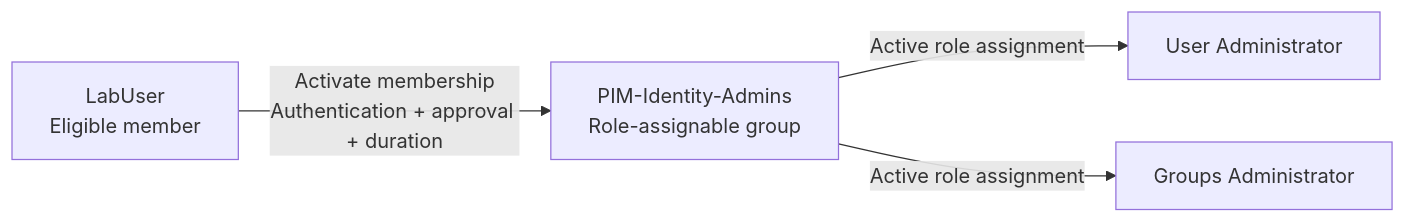
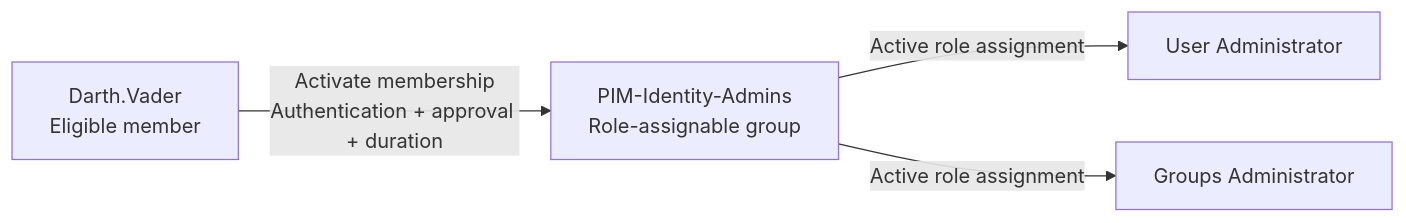
The diagram in 010 - Entra ID/Identity Governance/PIM for Groups - One Activation, Multiple Entra Roles.md (0xMati/Tech-Blog), drawn with Mermaid before and after one commit. The commit also changed other lines of this file, not shown here.

Commit message:
Update PIM for Groups - One Activation, Multiple Entra Roles.md

````diff
--- a/010 - Entra ID/Identity Governance/PIM for Groups - One Activation, Multiple Entra Roles.md
+++ b/010 - Entra ID/Identity Governance/PIM for Groups - One Activation, Multiple Entra Roles.md
@@ -51,6 +51,6 @@
 ```mermaid
 flowchart LR
-    User["LabUser<br/>Eligible member"] -->|"Activate membership<br/>Authentication + approval + duration"| Group["PIM-Identity-Admins<br/>Role-assignable group"]
+    User["Darth.Vader<br/>Eligible member"] -->|"Activate membership<br/>Authentication + approval + duration"| Group["PIM-Identity-Admins<br/>Role-assignable group"]
     Group -->|"Active role assignment"| Users["User Administrator"]
     Group -->|"Active role assignment"| Groups["Groups Administrator"]
 ```
````
